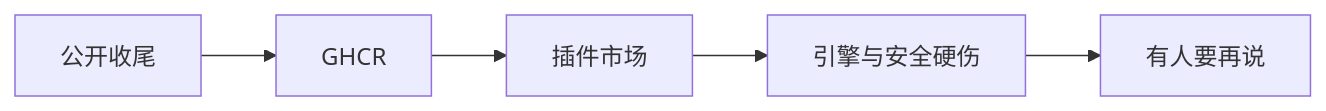
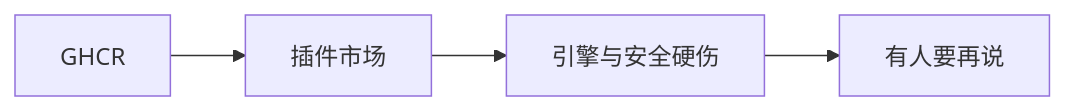
One commit to qualitest-hq/qualitest changed the diagram in ROADMAP.md. Above: the diagram before and after it, drawn with Mermaid. The commit also changed other lines of this file and 3 other files, not shown here.

First line of the commit message:
fix(test): 对齐排版与 MCP/模板断言；精简 ROADMAP

````diff
--- a/ROADMAP.md
+++ b/ROADMAP.md
@@ -14,7 +14,6 @@
 ```mermaid
 flowchart LR
-  A["公开收尾"] --> B["GHCR"]
-  B --> C["插件市场"]
-  C --> D["引擎与安全硬伤"]
-  D --> E["有人要再说"]
+  A["GHCR"] --> B["插件市场"]
+  B --> C["引擎与安全硬伤"]
+  C --> D["有人要再说"]
 ```
````
